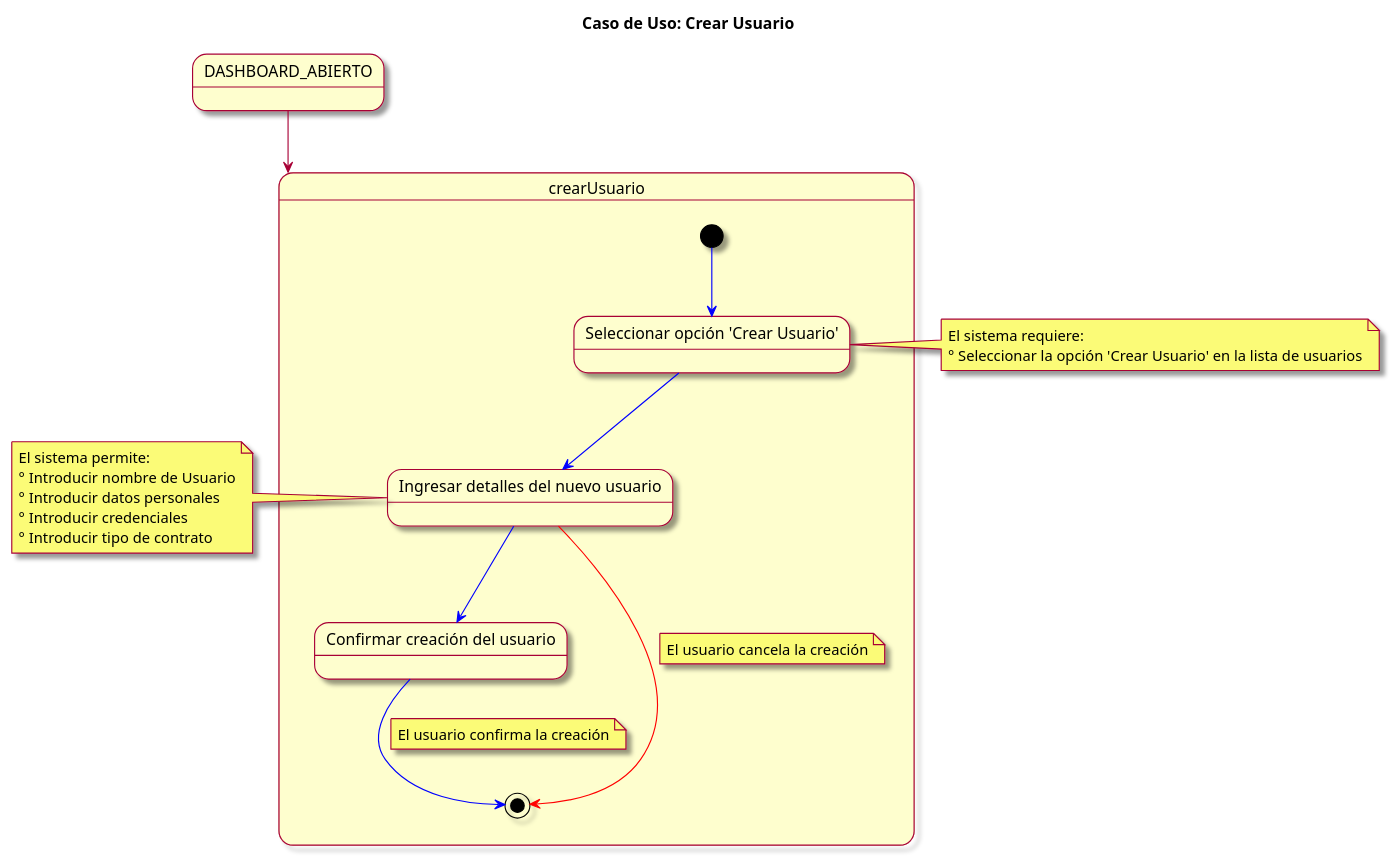
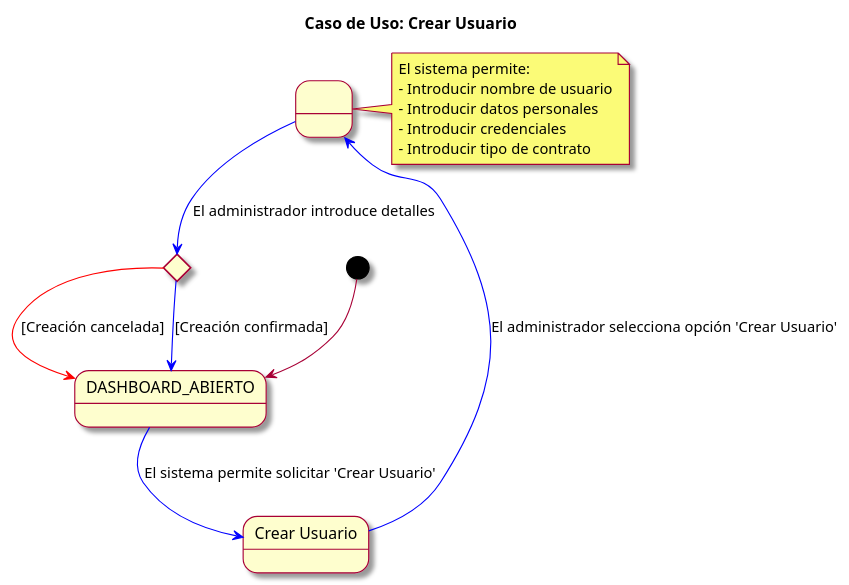
Before and after one commit to mmasias/23-24-IdSw1-SDR: the diagram in modelosUML/casosDeUso/detalles/crearUsuario.puml, drawn with PlantUML. The commit also changed 6 other files, not shown here.

Commit message:
modificar casos de uso crear,editar,y eliminar usuarios y eliminar desplegables del README de casos de uso

```diff
--- a/modelosUML/casosDeUso/detalles/crearUsuario.puml
+++ b/modelosUML/casosDeUso/detalles/crearUsuario.puml
@@ -1,36 +1,25 @@
 @startuml
 skin rose
 title Caso de Uso: Crear Usuario
 
-state DASHBOARD_ABIERTO
+state DASHBOARD_ABIERTO as "DASHBOARD_ABIERTO"
+state CrearUsuario as "Crear Usuario"
+state IngresarDetallesUsuario as " "
+state ConfirmarCreacionUsuario <<choice>>
 
-DASHBOARD_ABIERTO --> crearUsuario
+[*] --> DASHBOARD_ABIERTO
+DASHBOARD_ABIERTO -[#blue]-> CrearUsuario : El sistema permite solicitar 'Crear Usuario'
+CrearUsuario -[#blue]-> IngresarDetallesUsuario : El administrador selecciona opción 'Crear Usuario'
+IngresarDetallesUsuario -[#blue]-> ConfirmarCreacionUsuario : El administrador introduce detalles
+ConfirmarCreacionUsuario -[#blue]-> DASHBOARD_ABIERTO : [Creación confirmada]
+ConfirmarCreacionUsuario -[#red]-> DASHBOARD_ABIERTO : [Creación cancelada]
 
-state crearUsuario {
-  [*] -[#blue]-> seleccionarOpcionCrear
-  state "Seleccionar opción 'Crear Usuario'" as seleccionarOpcionCrear
-  seleccionarOpcionCrear -[#blue]-> ingresarDetallesUsuario
-  state "Ingresar detalles del nuevo usuario" as ingresarDetallesUsuario
-  ingresarDetallesUsuario -[#blue]-> confirmarCreacionUsuario
-  state "Confirmar creación del usuario" as confirmarCreacionUsuario
-  confirmarCreacionUsuario -[#blue]-> [*]
-  note on link: El usuario confirma la creación
-  
-  ingresarDetallesUsuario -[#red]-> [*]
-  note on link: El usuario cancela la creación
-}
-
-note left of ingresarDetallesUsuario
+note right of IngresarDetallesUsuario
   El sistema permite:
-  ° Introducir nombre de Usuario
-  ° Introducir datos personales
-  ° Introducir credenciales
-  ° Introducir tipo de contrato
-end note
-
-note left of seleccionarOpcionCrear
-  El sistema requiere:
-  ° Seleccionar la opción 'Crear Usuario' en la lista de usuarios
+  - Introducir nombre de usuario
+  - Introducir datos personales
+  - Introducir credenciales
+  - Introducir tipo de contrato
 end note
 
 @enduml
```
